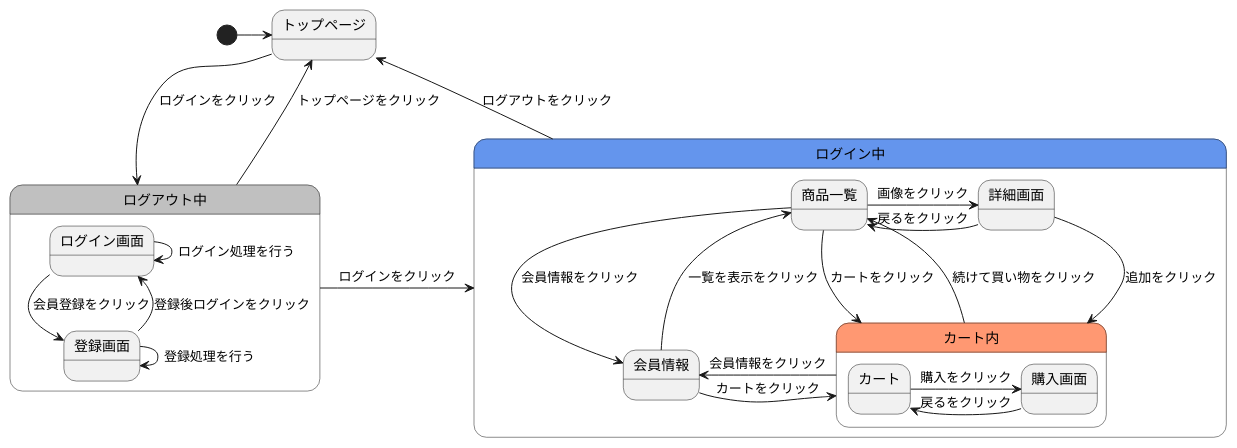
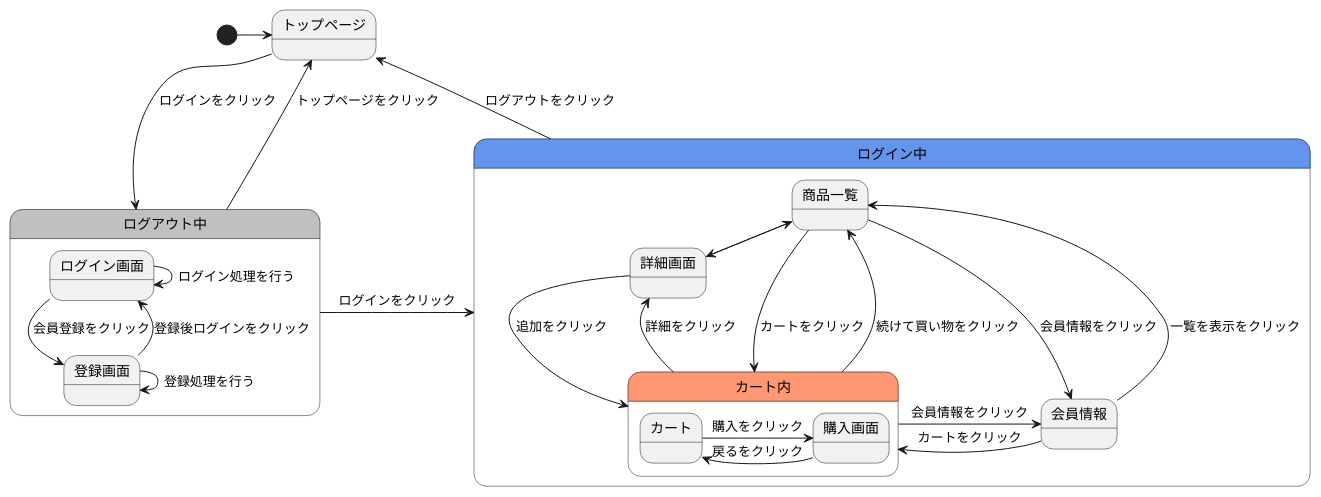
One commit to Aso2001409/2021sys-design changed the diagram in gamen2.md. Above: the diagram before and after it, drawn with PlantUML.

````diff
--- a/gamen2.md
+++ b/gamen2.md
@@ -1,30 +1,31 @@
 ```uml
 @startuml
 [*]->トップページ
 トップページ-->ログアウト中 :ログインをクリック
 ログアウト中->トップページ :トップページをクリック
 ログイン中->トップページ : ログアウトをクリック
 state ログアウト中 #C0C0C0{
   ログイン画面-->登録画面 :会員登録をクリック
   ログイン画面->ログイン画面 :ログイン処理を行う
   登録画面->登録画面 :登録処理を行う
   登録画面--> ログイン画面 :登録後ログインをクリック
 }
 ログアウト中->ログイン中 :ログインをクリック
 state ログイン中 #6495ED{
   商品一覧->詳細画面 :画像をクリック
   商品一覧--->カート内 :カートをクリック
   商品一覧->会員情報 :会員情報をクリック
   詳細画面->商品一覧 :戻るをクリック
   詳細画面->カート内 :追加をクリック
   会員情報->商品一覧 :一覧を表示をクリック
   会員情報->カート内 :カートをクリック
   state カート内 #FF9872{
     カート->購入画面 :購入をクリック
     購入画面->カート :戻るをクリック
     }  
   カート内->商品一覧 :続けて買い物をクリック
   カート内->会員情報 :会員情報をクリック
+  カート内->詳細画面 :詳細をクリック
   }
 @enduml
 ```
````
